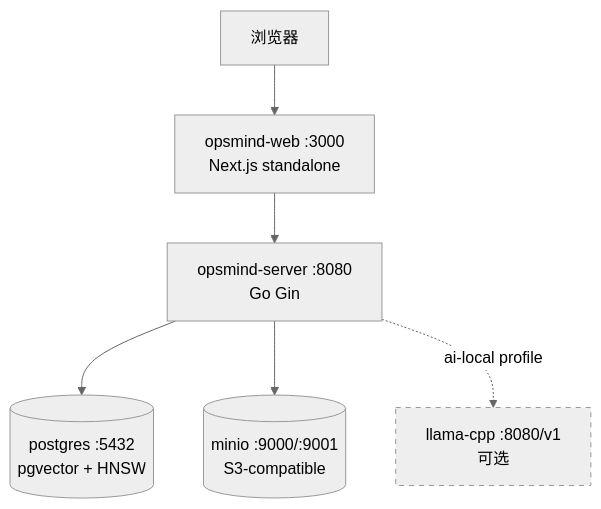
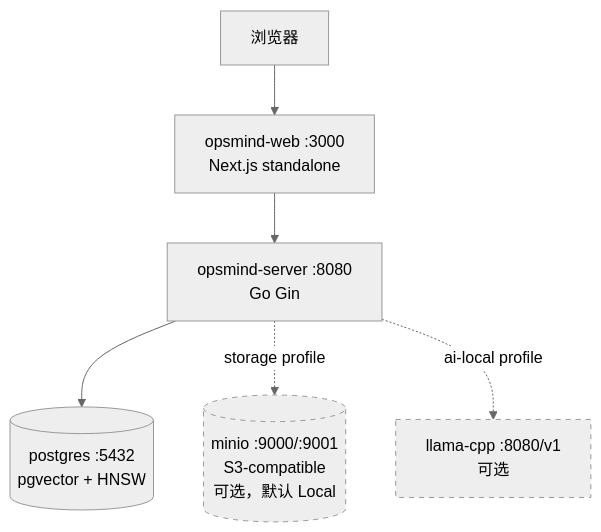
One commit to int2t05/Cognik changed the second of 6 diagrams in docs/PRD.md. Above: the diagram before and after it, drawn with Mermaid (neutral theme). The commit also changed 27 other files, not shown here.

````diff
--- a/docs/PRD.md
+++ b/docs/PRD.md
@@ -46,10 +46,11 @@
 ```mermaid
 flowchart TD
     Client["浏览器"] --> Web["opsmind-web :3000<br/>Next.js standalone"]
     Web --> Server["opsmind-server :8080<br/>Go Gin"]
     Server --> Postgres[("postgres :5432<br/>pgvector + HNSW")]
-    Server --> Minio[("minio :9000/:9001<br/>S3-compatible")]
+    Server -.->|storage profile| Minio[("minio :9000/:9001<br/>S3-compatible<br/>可选，默认 Local")]
     Server -.->|ai-local profile| LlamaCpp["llama-cpp :8080/v1<br/>可选"]
 
+    style Minio stroke-dasharray: 5 5
     style LlamaCpp stroke-dasharray: 5 5
 ```
````
